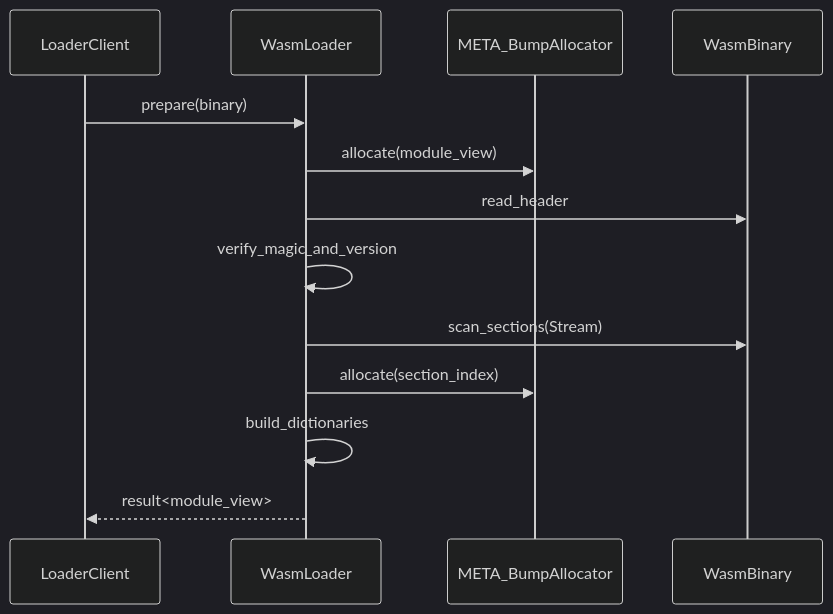
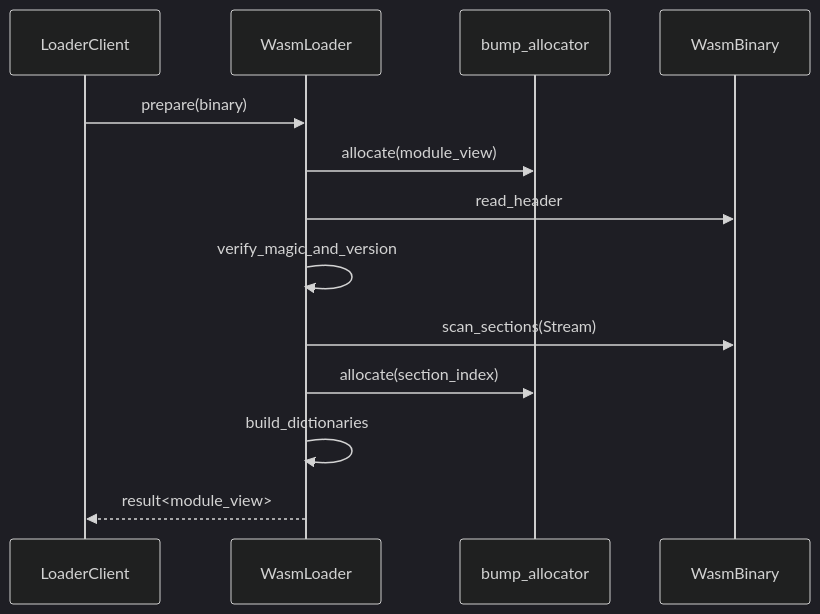
The fifth of 5 diagrams in docs/components/tier2_runtime/runtime_loader.md (kmt-t/fireball), drawn with Mermaid (dark theme) before and after one commit. The commit also changed other lines of this file and 18 other files, not shown here.

Commit message:
docs: harmonize component diagrams, state transitions, and symlinks across specifications

````diff
--- a/docs/components/tier2_runtime/runtime_loader.md
+++ b/docs/components/tier2_runtime/runtime_loader.md
@@ -257,16 +257,16 @@
 ```mermaid
 sequenceDiagram
     participant Client as LoaderClient
     participant Loader as WasmLoader
-    participant Alloc as META_BumpAllocator
+    participant Alloc as bump_allocator
     participant ROM as WasmBinary
 
     Client->>Loader: prepare(binary)
     Loader->>Alloc: allocate(module_view)
     Loader->>ROM: read_header
     Loader->>Loader: verify_magic_and_version
     Loader->>ROM: scan_sections(Stream)
     Loader->>Alloc: allocate(section_index)
     Loader->>Loader: build_dictionaries
     Loader-->>Client: result<module_view>
 ```
````
